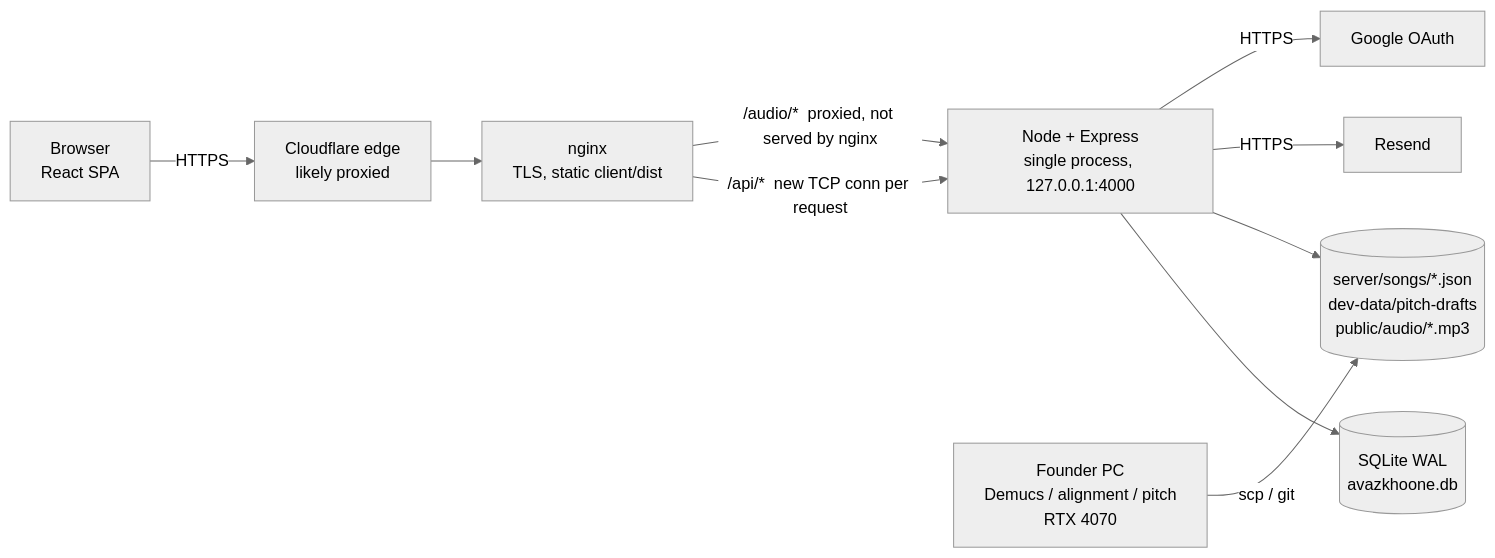
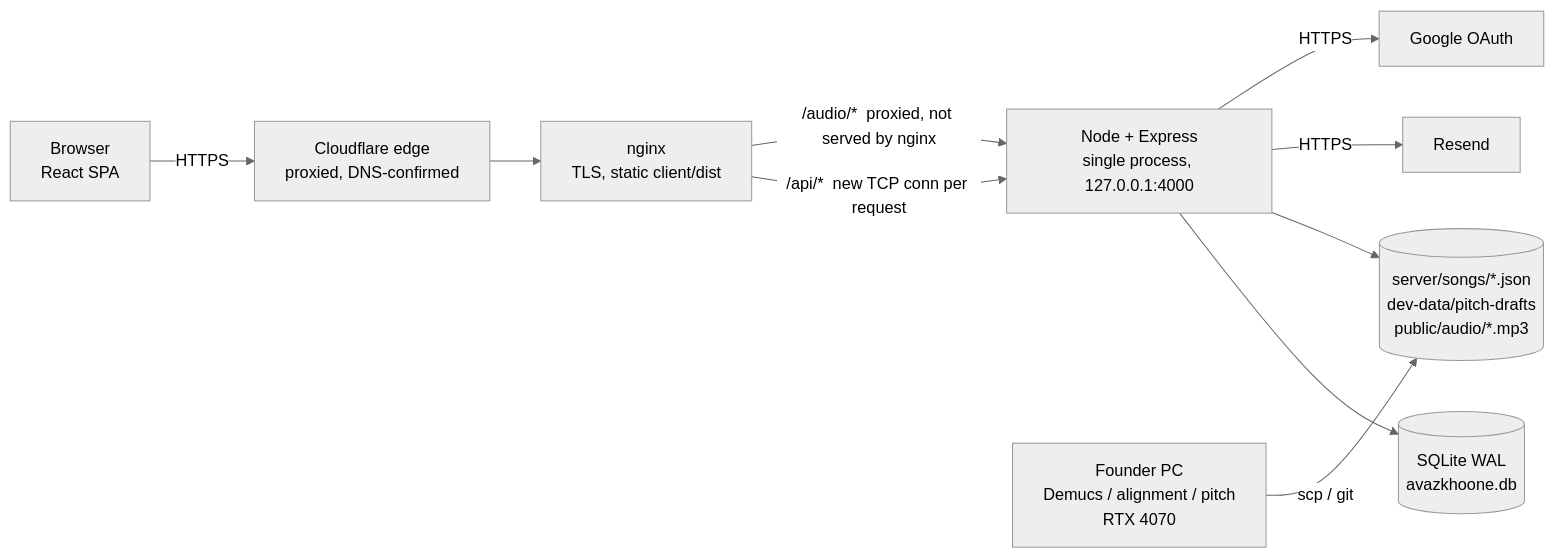
Before and after one commit to am-amani/best-of-robot-simulators: the diagram in FULL_SYSTEM_AUDIT_AND_CAPACITY_REPORT.md, drawn with Mermaid (neutral theme). The commit also changed other lines of this file, not shown here.

First line of the commit message:
Re-check production reachability and confirm Cloudflare front in audit report

````diff
--- a/FULL_SYSTEM_AUDIT_AND_CAPACITY_REPORT.md
+++ b/FULL_SYSTEM_AUDIT_AND_CAPACITY_REPORT.md
@@ -92,12 +93,12 @@
 ```mermaid
 flowchart LR
-  B[Browser<br/>React SPA] -->|HTTPS| CF[Cloudflare edge<br/>likely proxied]
+  B[Browser<br/>React SPA] -->|HTTPS| CF[Cloudflare edge<br/>proxied, DNS-confirmed]
   CF --> N[nginx<br/>TLS, static client/dist]
   N -->|/api/*  new TCP conn per request| A[Node + Express<br/>single process, 127.0.0.1:4000]
   N -->|/audio/*  proxied, not served by nginx| A
   A --> DB[(SQLite WAL<br/>avazkhoone.db)]
   A --> FS[(server/songs/*.json<br/>dev-data/pitch-drafts<br/>public/audio/*.mp3)]
   A -->|HTTPS| R[Resend]
   A -->|HTTPS| G[Google OAuth]
   F[Founder PC<br/>Demucs / alignment / pitch<br/>RTX 4070] -->|scp / git| FS
 ```
````
